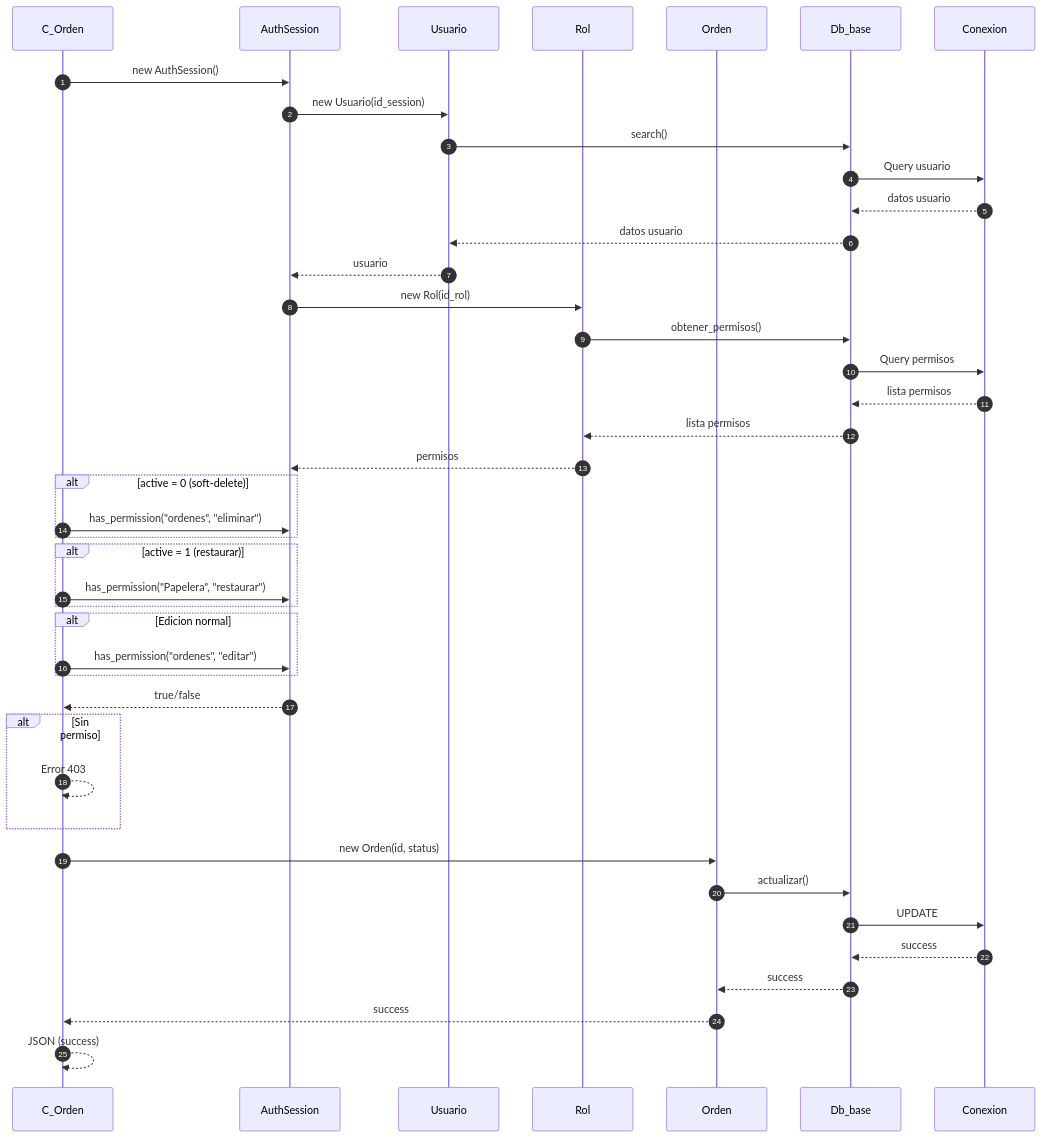
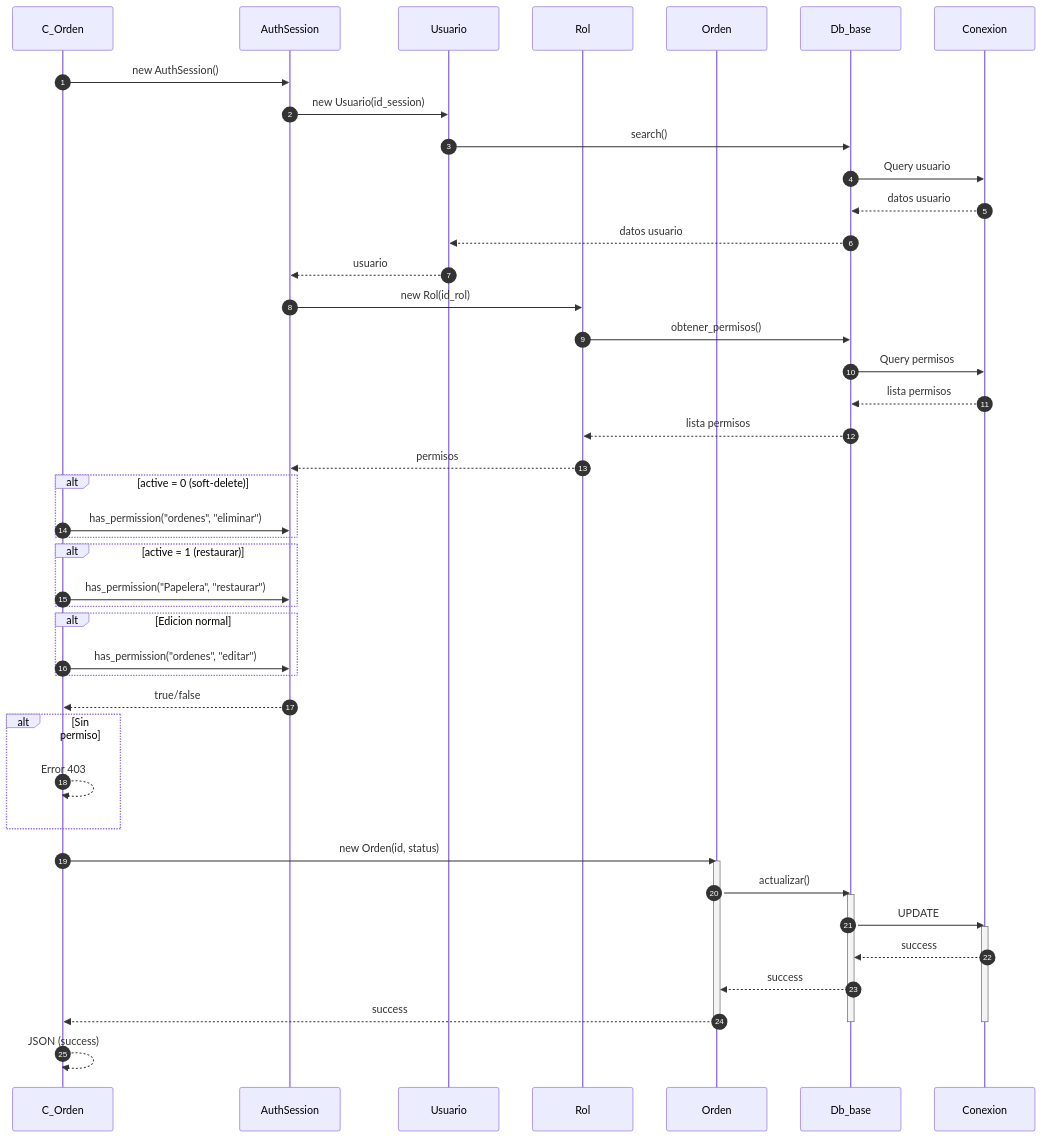
The third of 4 diagrams in docs/secuencia/ordenes/agregar_orden.md (Tecrato/BurgerHouse), drawn with Mermaid before and after one commit. The commit also changed other lines of this file and 16 other files, not shown here.

First line of the commit message:
Annotate mermaid sequences & throttle generator

````diff
--- a/docs/secuencia/ordenes/agregar_orden.md
+++ b/docs/secuencia/ordenes/agregar_orden.md
@@ -195,53 +295,59 @@
 ```mermaid
 sequenceDiagram
     autonumber
     participant C_Orden as C_Orden
     participant AuthSession as AuthSession
     participant Usuario as Usuario
     participant Rol as Rol
     participant Orden as Orden
     participant Db_base as Db_base
     participant Conexion as Conexion
     
     C_Orden->>AuthSession: new AuthSession()
     AuthSession->>Usuario: new Usuario(id_session)
     Usuario->>Db_base: search()
     Db_base->>Conexion: Query usuario
     Conexion-->>Db_base: datos usuario
     Db_base-->>Usuario: datos usuario
     Usuario-->>AuthSession: usuario
     
     AuthSession->>Rol: new Rol(id_rol)
     Rol->>Db_base: obtener_permisos()
     Db_base->>Conexion: Query permisos
     Conexion-->>Db_base: lista permisos
     Db_base-->>Rol: lista permisos
     Rol-->>AuthSession: permisos
     
     alt active = 0 (soft-delete)
         C_Orden->>AuthSession: has_permission("ordenes", "eliminar")
     end
     
     alt active = 1 (restaurar)
         C_Orden->>AuthSession: has_permission("Papelera", "restaurar")
     end
     
     alt Edicion normal
         C_Orden->>AuthSession: has_permission("ordenes", "editar")
     end
     
     AuthSession-->>C_Orden: true/false
     
     alt Sin permiso
         C_Orden-->>C_Orden: Error 403
     end
     
     C_Orden->>Orden: new Orden(id, status)
+    activate Orden
     Orden->>Db_base: actualizar()
+    activate Db_base
     Db_base->>Conexion: UPDATE
+    activate Conexion
     Conexion-->>Db_base: success
     Db_base-->>Orden: success
     Orden-->>C_Orden: success
+    deactivate Orden
+    deactivate Conexion
+    deactivate Db_base
     
     C_Orden-->>C_Orden: JSON (success)
 ```
````
